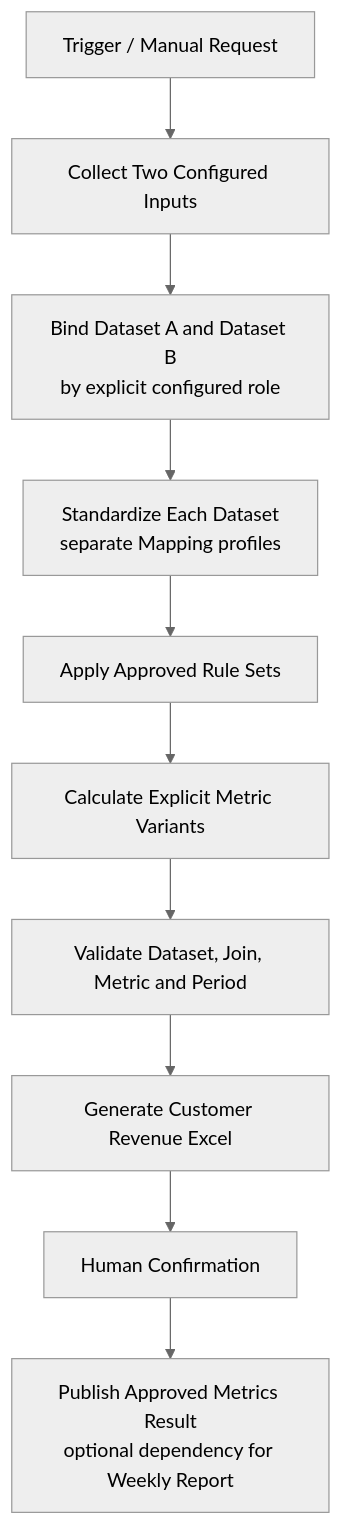
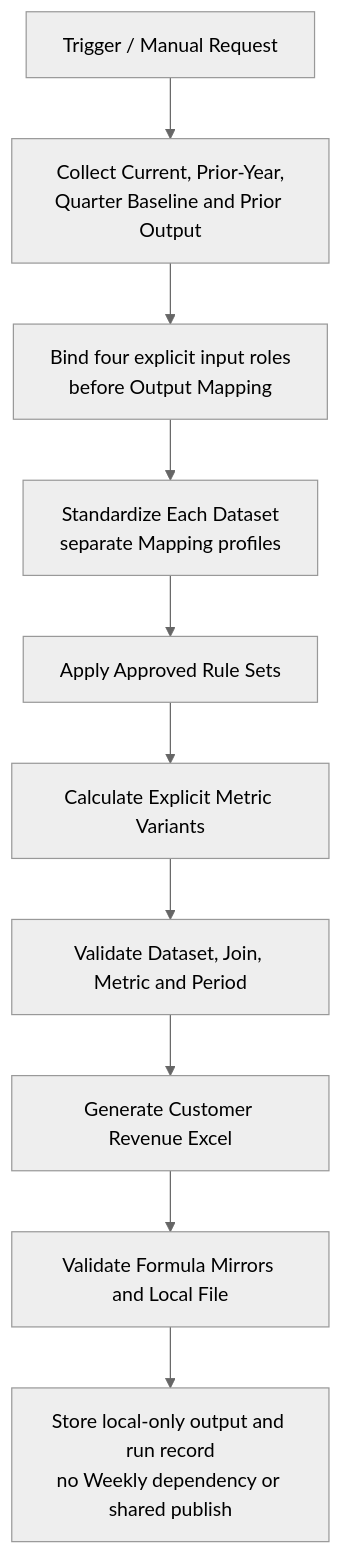
The third of 5 diagrams in phase1_5/Weekly_Business_Report_Workflow_Architecture_Optimization_v2.md (Lyutt/personal-business-analytics-copilot), drawn with Mermaid (neutral theme) before and after one commit. The commit also changed other lines of this file and 30 other files, not shown here.

````diff
--- a/phase1_5/Weekly_Business_Report_Workflow_Architecture_Optimization_v2.md
+++ b/phase1_5/Weekly_Business_Report_Workflow_Architecture_Optimization_v2.md
@@ -195,12 +201,12 @@
 ```mermaid
 flowchart TD
-    T["Trigger / Manual Request"] --> C["Collect Two Configured Inputs"]
-    C --> B["Bind Dataset A and Dataset B<br/>by explicit configured role"]
+    T["Trigger / Manual Request"] --> C["Collect Current, Prior-Year,<br/>Quarter Baseline and Prior Output"]
+    C --> B["Bind four explicit input roles<br/>before Output Mapping"]
     B --> S["Standardize Each Dataset<br/>separate Mapping profiles"]
     S --> R["Apply Approved Rule Sets"]
     R --> M["Calculate Explicit Metric Variants"]
     M --> V["Validate Dataset, Join, Metric and Period"]
     V --> E["Generate Customer Revenue Excel"]
-    E --> H["Human Confirmation"]
-    H --> P["Publish Approved Metrics Result<br/>optional dependency for Weekly Report"]
+    E --> H["Validate Formula Mirrors and Local File"]
+    H --> P["Store local-only output and run record<br/>no Weekly dependency or shared publish"]
 ```
````
